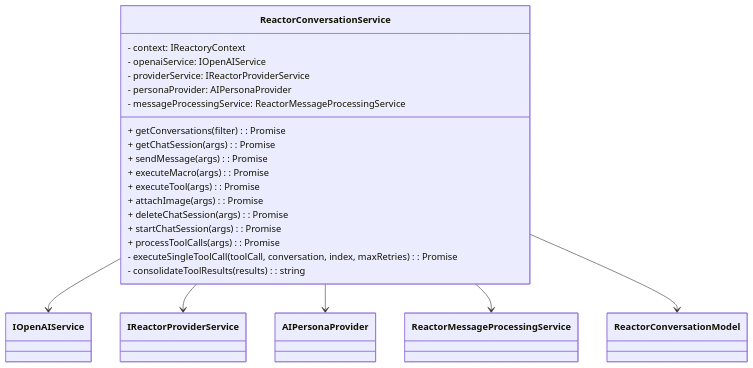
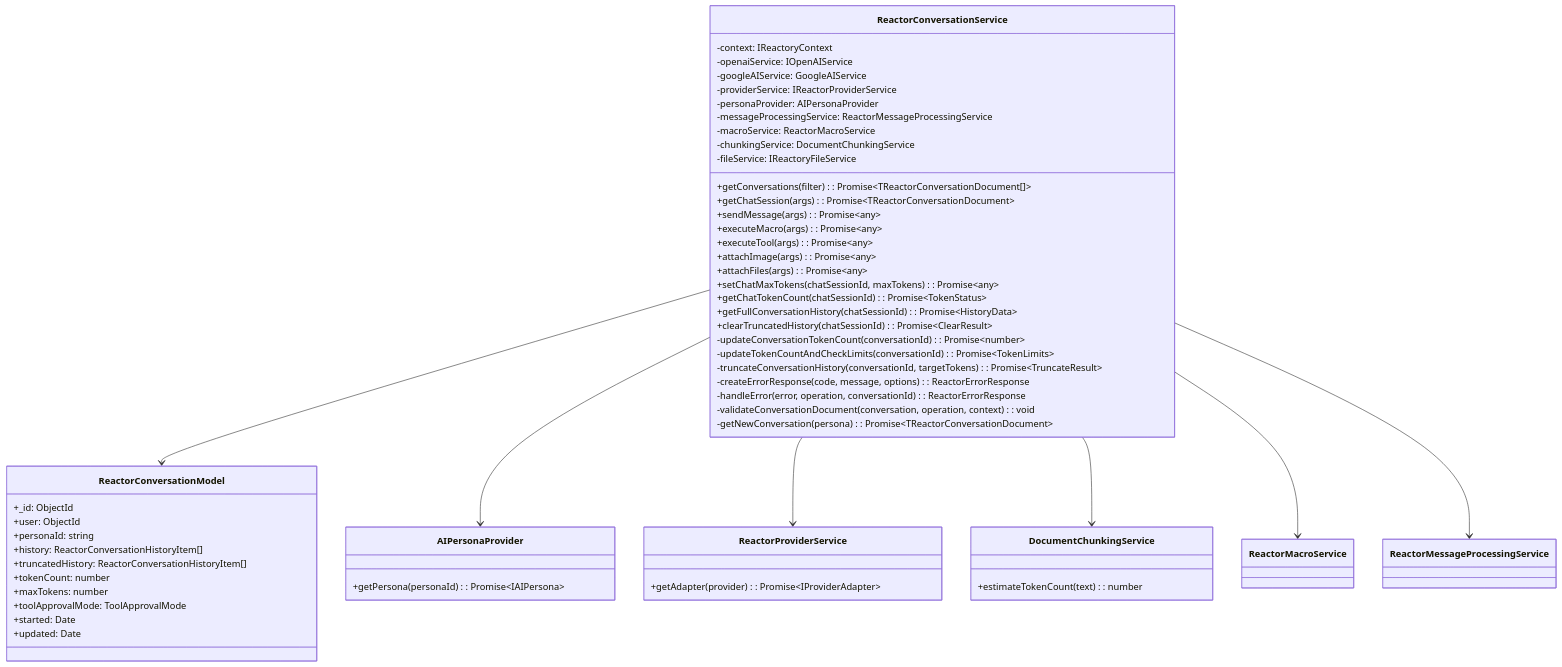
One commit to reactorynet/reactory-reactor changed the second of 5 diagrams in services/reactor/ReactorConversationService.md. Above: the diagram before and after it, drawn with Mermaid. The commit also changed other lines of this file and 2 other files, not shown here.

First line of the commit message:
feat: Enhance error handling and response structure in ReactorConversationService

````diff
--- a/services/reactor/ReactorConversationService.md
+++ b/services/reactor/ReactorConversationService.md
@@ -16,26 +97,66 @@
 ```mermaid
 classDiagram
     class ReactorConversationService {
-        - context: IReactoryContext
-        - openaiService: IOpenAIService
-        - providerService: IReactorProviderService
-        - personaProvider: AIPersonaProvider
-        - messageProcessingService: ReactorMessageProcessingService
-        + getConversations(filter): Promise
-        + getChatSession(args): Promise
-        + sendMessage(args): Promise
-        + executeMacro(args): Promise
-        + executeTool(args): Promise
-        + attachImage(args): Promise
-        + deleteChatSession(args): Promise
-        + startChatSession(args): Promise
-        + processToolCalls(args): Promise
-        - executeSingleToolCall(toolCall, conversation, index, maxRetries): Promise
-        - consolidateToolResults(results): string
+        -context: IReactoryContext
+        -openaiService: IOpenAIService
+        -googleAIService: GoogleAIService
+        -providerService: IReactorProviderService
+        -personaProvider: AIPersonaProvider
+        -messageProcessingService: ReactorMessageProcessingService
+        -macroService: ReactorMacroService
+        -chunkingService: DocumentChunkingService
+        -fileService: IReactoryFileService
+        
+        +getConversations(filter): Promise~TReactorConversationDocument[]~
+        +getChatSession(args): Promise~TReactorConversationDocument~
+        +sendMessage(args): Promise~any~
+        +executeMacro(args): Promise~any~
+        +executeTool(args): Promise~any~
+        +attachImage(args): Promise~any~
+        +attachFiles(args): Promise~any~
+        +setChatMaxTokens(chatSessionId, maxTokens): Promise~any~
+        +getChatTokenCount(chatSessionId): Promise~TokenStatus~
+        +getFullConversationHistory(chatSessionId): Promise~HistoryData~
+        +clearTruncatedHistory(chatSessionId): Promise~ClearResult~
+        
+        -updateConversationTokenCount(conversationId): Promise~number~
+        -updateTokenCountAndCheckLimits(conversationId): Promise~TokenLimits~
+        -truncateConversationHistory(conversationId, targetTokens): Promise~TruncateResult~
+        -createErrorResponse(code, message, options): ReactorErrorResponse
+        -handleError(error, operation, conversationId): ReactorErrorResponse
+        -validateConversationDocument(conversation, operation, context): void
+        -getNewConversation(persona): Promise~TReactorConversationDocument~
     }
-    ReactorConversationService --> IOpenAIService
-    ReactorConversationService --> IReactorProviderService
+    
+    class ReactorConversationModel {
+        +_id: ObjectId
+        +user: ObjectId
+        +personaId: string
+        +history: ReactorConversationHistoryItem[]
+        +truncatedHistory: ReactorConversationHistoryItem[]
+        +tokenCount: number
+        +maxTokens: number
+        +toolApprovalMode: ToolApprovalMode
+        +started: Date
+        +updated: Date
+    }
+    
+    class AIPersonaProvider {
+        +getPersona(personaId): Promise~IAIPersona~
+    }
+    
+    class ReactorProviderService {
+        +getAdapter(provider): Promise~IProviderAdapter~
+    }
+    
+    class DocumentChunkingService {
+        +estimateTokenCount(text): number
+    }
+    
+    ReactorConversationService --> ReactorConversationModel
     ReactorConversationService --> AIPersonaProvider
+    ReactorConversationService --> ReactorProviderService
+    ReactorConversationService --> DocumentChunkingService
+    ReactorConversationService --> ReactorMacroService
     ReactorConversationService --> ReactorMessageProcessingService
-    ReactorConversationService --> ReactorConversationModel
 ```
````
